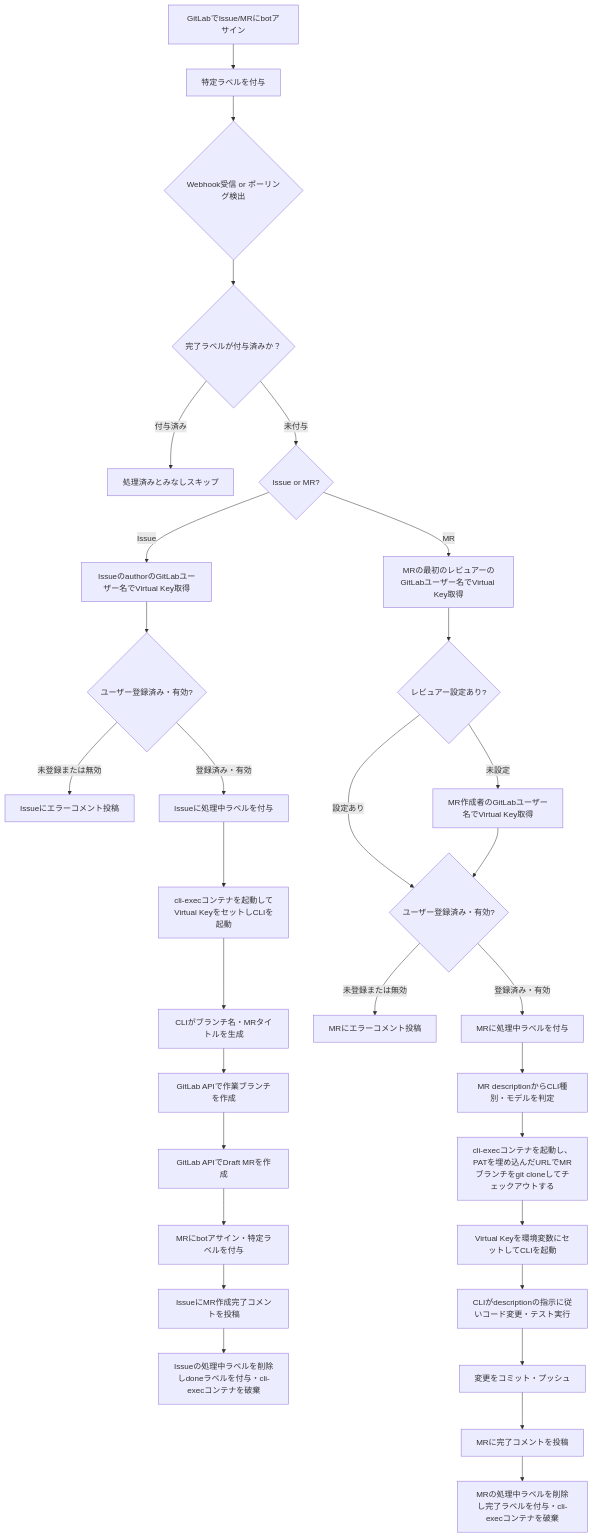
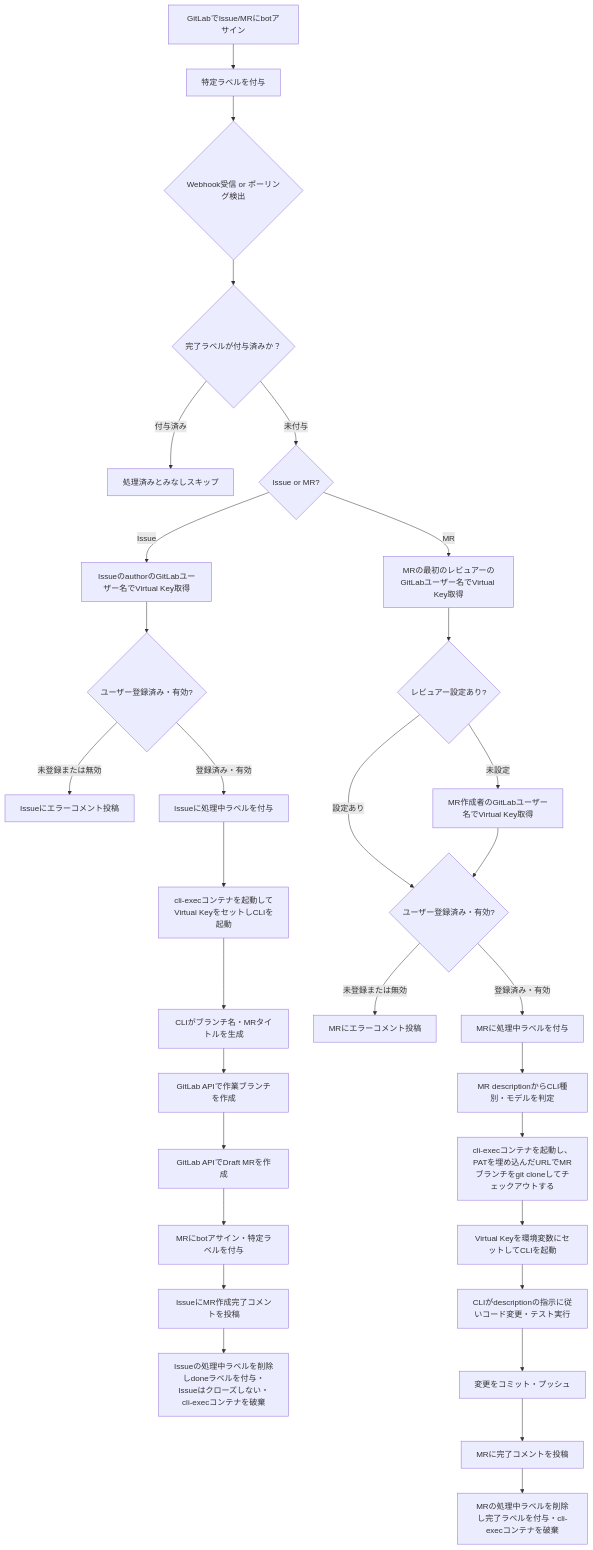
One commit to notfolder/CodingAgentAutomata changed the first of 5 diagrams in docs/requirements.md. Above: the diagram before and after it, drawn with Mermaid. The commit also changed other lines of this file, not shown here.

````diff
--- a/docs/requirements.md
+++ b/docs/requirements.md
@@ -67,35 +67,35 @@
 ```mermaid
 flowchart TD
     A[GitLabでIssue/MRにbotアサイン] --> B[特定ラベルを付与]
     B --> C{Webhook受信 or ポーリング検出}
     C --> C2{完了ラベルが付与済みか？}
     C2 -->|付与済み| C3[処理済みとみなしスキップ]
     C2 -->|未付与| D{Issue or MR?}
 
     D -->|Issue| E[IssueのauthorのGitLabユーザー名でVirtual Key取得]
     E --> F{ユーザー登録済み・有効?}
     F -->|未登録または無効| G[Issueにエラーコメント投稿]
     F -->|登録済み・有効| H0[Issueに処理中ラベルを付与]
     H0 --> H[cli-execコンテナを起動してVirtual KeyをセットしCLIを起動]
     H --> I[CLIがブランチ名・MRタイトルを生成]
     I --> J[GitLab APIで作業ブランチを作成]
     J --> K[GitLab APIでDraft MRを作成]
     K --> L[MRにbotアサイン・特定ラベルを付与]
     L --> M[IssueにMR作成完了コメントを投稿]
-    M --> N[Issueの処理中ラベルを削除しdoneラベルを付与・cli-execコンテナを破棄]
+    M --> N[Issueの処理中ラベルを削除しdoneラベルを付与・Issueはクローズしない・cli-execコンテナを破棄]
 
     D -->|MR| O[MRの最初のレビュアーのGitLabユーザー名でVirtual Key取得]
     O --> P{レビュアー設定あり?}
     P -->|未設定| Q[MR作成者のGitLabユーザー名でVirtual Key取得]
     P -->|設定あり| R{ユーザー登録済み・有効?}
     Q --> R
     R -->|未登録または無効| S[MRにエラーコメント投稿]
     R -->|登録済み・有効| T0[MRに処理中ラベルを付与]
     T0 --> T[MR descriptionからCLI種別・モデルを判定]
     T --> U[cli-execコンテナを起動し、PATを埋め込んだURLでMRブランチをgit cloneしてチェックアウトする]
     U --> V[Virtual Keyを環境変数にセットしてCLIを起動]
     V --> W[CLIがdescriptionの指示に従いコード変更・テスト実行]
     W --> X[変更をコミット・プッシュ]
     X --> Y[MRに完了コメントを投稿]
     Y --> Z[MRの処理中ラベルを削除し完了ラベルを付与・cli-execコンテナを破棄]
 ```
````
